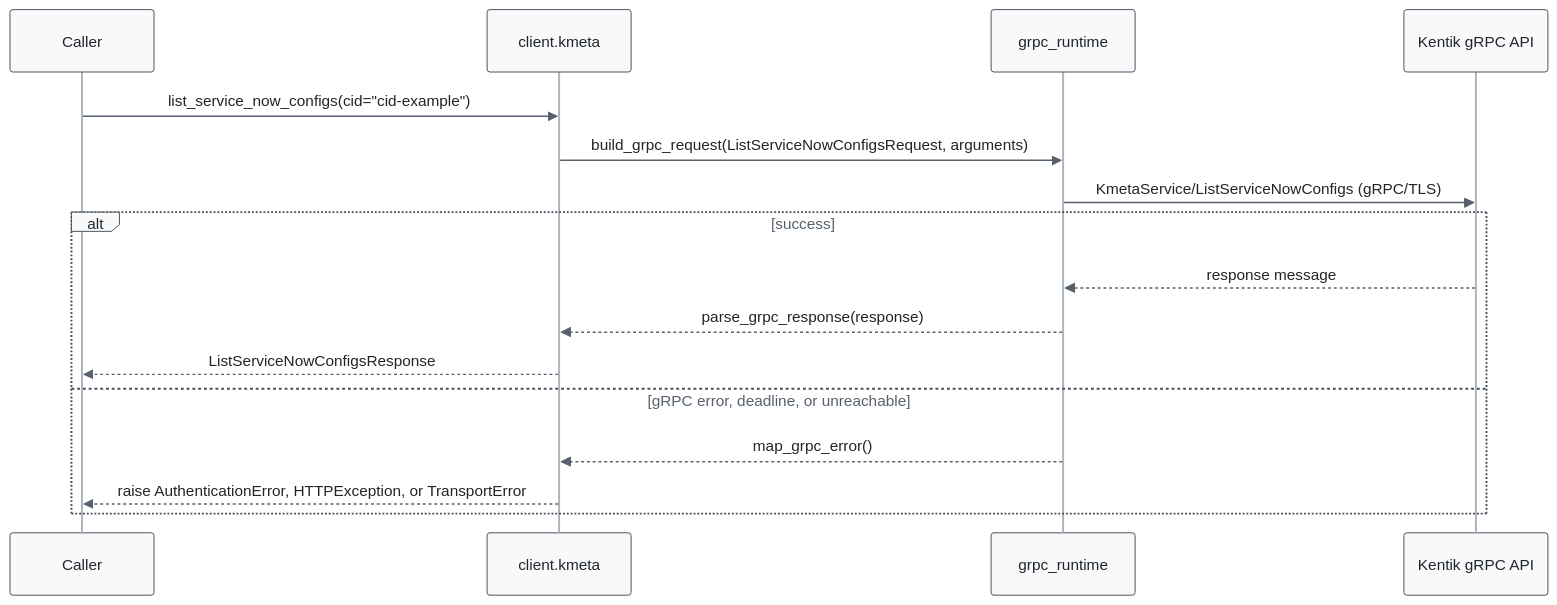
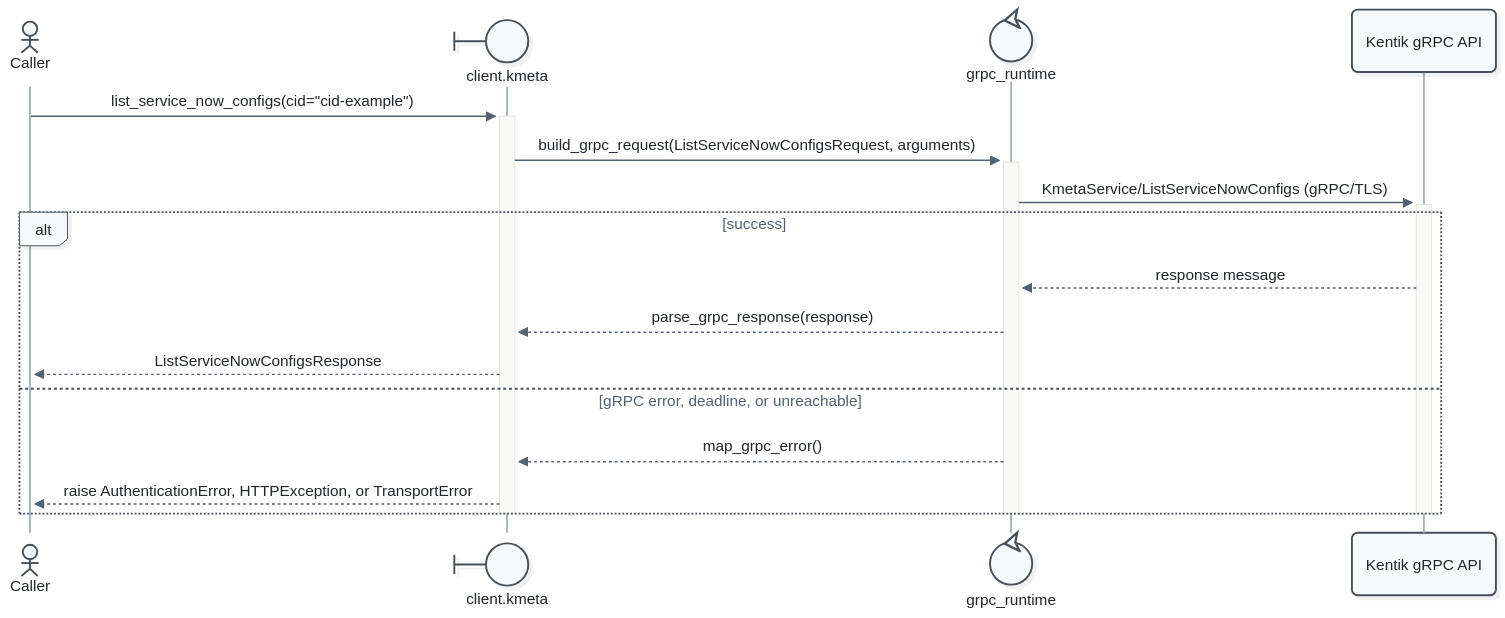
Before and after one commit to alexdearaujo/community_sdk_python: the second of 11 diagrams in docs/sphinx/services/kmeta.md, drawn with Mermaid. The commit also changed other lines of this file and 52 other files, not shown here.

First line of the commit message:
docs: Mermaid 12 sequence diagrams with participant types and path colors

````diff
--- a/docs/sphinx/services/kmeta.md
+++ b/docs/sphinx/services/kmeta.md
@@ -55,20 +57,23 @@
 ```mermaid
-%%{init: {"theme": "base", "fontFamily": "ui-monospace, SFMono-Regular, Menlo, monospace", "themeVariables": {"fontFamily": "ui-monospace, SFMono-Regular, Menlo, monospace", "primaryColor": "#f8f9fa", "primaryBorderColor": "#495057", "primaryTextColor": "#212529", "textColor": "#212529", "lineColor": "#77818c", "edgeLabelBackground": "#ffffff", "actorBkg": "#f8f9fa", "actorBorder": "#495057", "actorTextColor": "#212529", "actorLineColor": "#a9b3be", "signalColor": "#57616d", "signalTextColor": "#212529", "labelBoxBkgColor": "#f8f9fa", "labelBoxBorderColor": "#495057", "labelTextColor": "#212529", "loopTextColor": "#57616d", "noteBkgColor": "#fff9db", "noteBorderColor": "#f08c00", "noteTextColor": "#a35a00"}, "flowchart": {"curve": "step", "nodeSpacing": 30, "rankSpacing": 70, "wrappingWidth": 400}}}%%
+%%{init: {"theme": "redux", "look": "neo", "layout": "dagre", "fontFamily": "ui-monospace, SFMono-Regular, Menlo, monospace", "themeVariables": {"fontFamily": "ui-monospace, SFMono-Regular, Menlo, monospace", "primaryColor": "#f8f9fa", "primaryBorderColor": "#495057", "primaryTextColor": "#212529", "textColor": "#212529", "lineColor": "#77818c", "edgeLabelBackground": "#ffffff", "actorBkg": "#f8f9fa", "actorBorder": "#495057", "actorTextColor": "#212529", "actorLineColor": "#a9b3be", "signalColor": "#57616d", "signalTextColor": "#212529", "labelBoxBkgColor": "#f8f9fa", "labelBoxBorderColor": "#495057", "labelTextColor": "#212529", "loopTextColor": "#57616d", "noteBkgColor": "#fff9db", "noteBorderColor": "#f08c00", "noteTextColor": "#a35a00"}, "sequence": {"activationWidth": 16}, "flowchart": {"curve": "step", "nodeSpacing": 30, "rankSpacing": 70, "wrappingWidth": 400}}}%%
 sequenceDiagram
-    participant C as Caller
-    participant W as client.kmeta
-    participant R as grpc_runtime
+    actor C as Caller
+    participant W@{ "type": "boundary" } as client.kmeta
+    participant R@{ "type": "control" } as grpc_runtime
     participant API as Kentik gRPC API
 
-    C->>W: list_service_now_configs(cid="cid-example")
-    W->>R: build_grpc_request(ListServiceNowConfigsRequest, arguments)
-    R->>API: KmetaService/ListServiceNowConfigs (gRPC/TLS)
+    C->>+W: list_service_now_configs(cid="cid-example")
+    W->>+R: build_grpc_request(ListServiceNowConfigsRequest, arguments)
+    R->>+API: KmetaService/ListServiceNowConfigs (gRPC/TLS)
     alt success
         API-->>R: response message
         R-->>W: parse_grpc_response(response)
         W-->>C: ListServiceNowConfigsResponse
     else gRPC error, deadline, or unreachable
         R-->>W: map_grpc_error()
         W-->>C: raise AuthenticationError, HTTPException, or TransportError
     end
+    deactivate API
+    deactivate R
+    deactivate W
 ```
````
